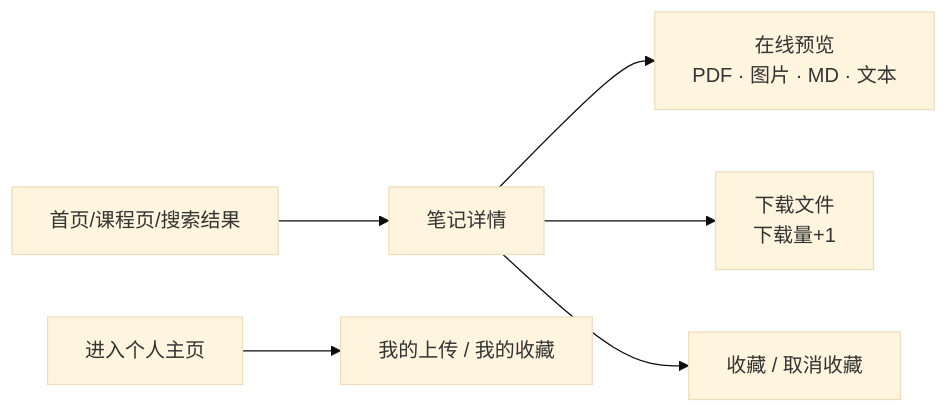
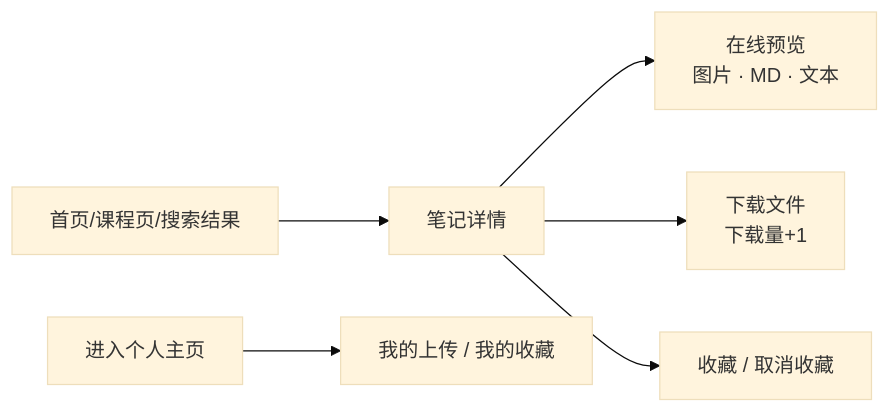
One commit to ShiwarHoufu/jotang-note changed the second of 4 diagrams in docs/需求分析.md. Above: the diagram before and after it, drawn with Mermaid (base theme). The commit also changed other lines of this file and 63 other files, not shown here.

````diff
--- a/docs/需求分析.md
+++ b/docs/需求分析.md
@@ -86,8 +86,8 @@
 ```mermaid
 flowchart LR
   H[首页/课程页/搜索结果] --> N[笔记详情]
-  N --> P["在线预览<br/>PDF · 图片 · MD · 文本"]
+  N --> P["在线预览<br/>图片 · MD · 文本"]
   N --> D[下载文件<br/>下载量+1]
   N --> F[收藏 / 取消收藏]
   U[进入个人主页] --> M[我的上传 / 我的收藏]
 ```
````
